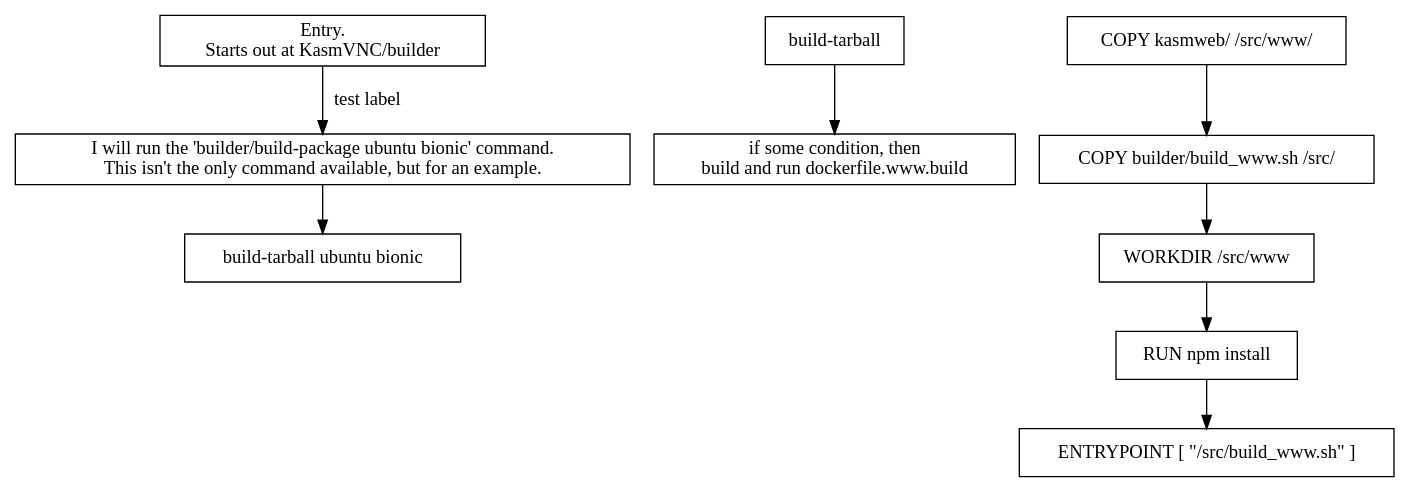
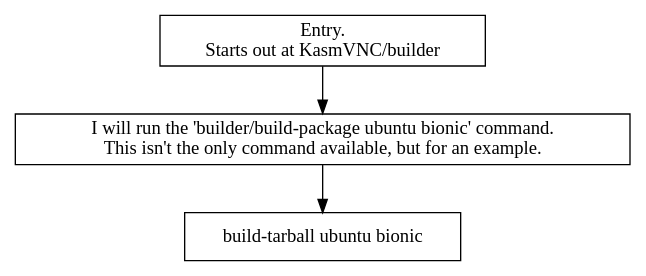
One commit to moonpiedumplings/quartotest changed the first of 3 diagrams in posts/compiling-kasmvnc-on-nixos/index.qmd. Above: the diagram before and after it, drawn with Graphviz. The commit also changed other lines of this file, not shown here.

Commit message:
added tabset panel

````diff
--- a/posts/compiling-kasmvnc-on-nixos/index.qmd
+++ b/posts/compiling-kasmvnc-on-nixos/index.qmd
@@ -229,34 +234,15 @@
 ```{dot}
 digraph {
    // Declare Nodes here
    node [shape="rectangle"];
    Entry [label="Entry.\n Starts out at KasmVNC/builder", URL="https://github.com/kasmtech/KasmVNC/tree/master/builder"];
    BuildPackage [label="I will run the 'builder/build-package ubuntu bionic' command. \n This isn't the only command available, but for an example.", URL="https://github.com/kasmtech/KasmVNC/blob/master/builder/build-package"]
 
    BuildTarball [label="build-tarball ubuntu bionic", URL="https://github.com/kasmtech/KasmVNC/blob/master/builder/build-tarball"]
 
 
    // Declare edges (connections) here
-   Entry -> BuildPackage [label="test label", URL="https://example.com"];
+   Entry -> BuildPackage
    BuildPackage -> BuildTarball
-
-   subgraph BuildTarball {
-      www [label="if some condition, then \n build and run dockerfile.www.build", URL="https://github.com/kasmtech/KasmVNC/blob/master/builder/dockerfile.www.build"]
-
-
-      "build-tarball" -> www
-   }
-
-   subgraph BuildWWW {
-      label = "dockerfile";
-
-      buildwwwsh [label="ENTRYPOINT [ \"/src/build_www.sh\" ]", URL="https://github.com/kasmtech/KasmVNC/blob/master/builder/build_www.sh"]
-
-      "COPY kasmweb/ /src/www/" -> "COPY builder/build_www.sh /src/"
-      "COPY builder/build_www.sh /src/" -> "WORKDIR /src/www"
-      "WORKDIR /src/www" -> "RUN npm install"
-      "RUN npm install" -> buildwwwsh
-
-   }
 }
 ```
````
